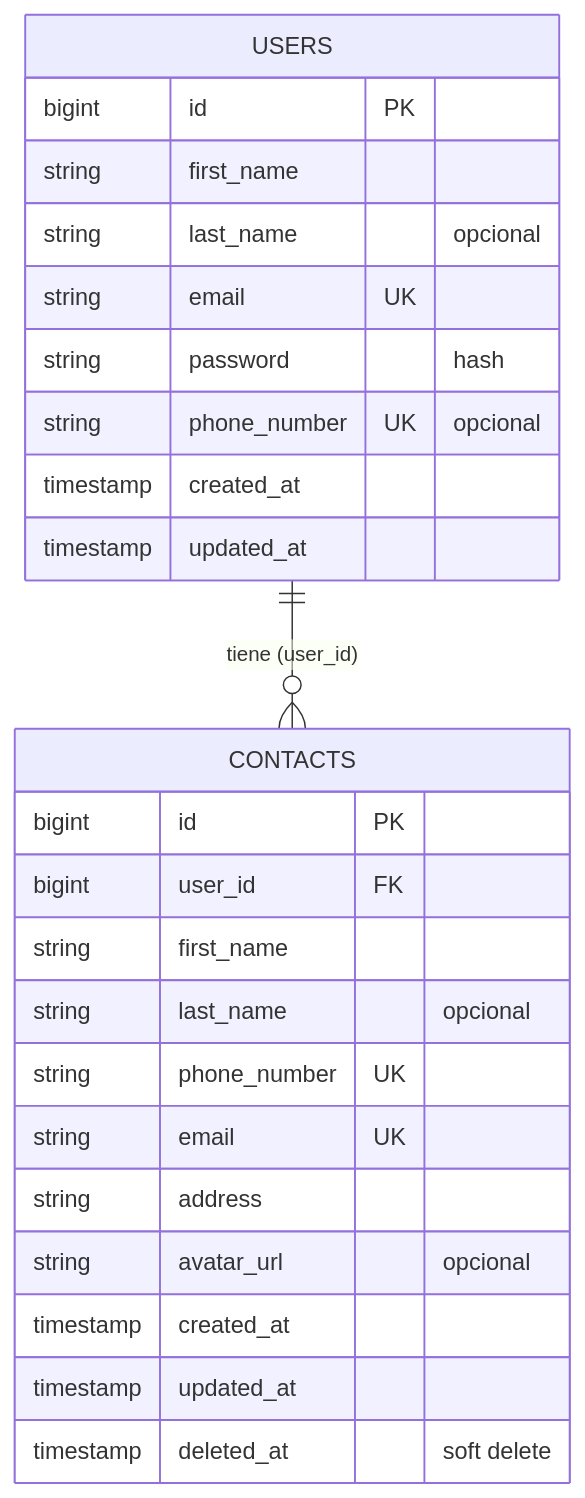
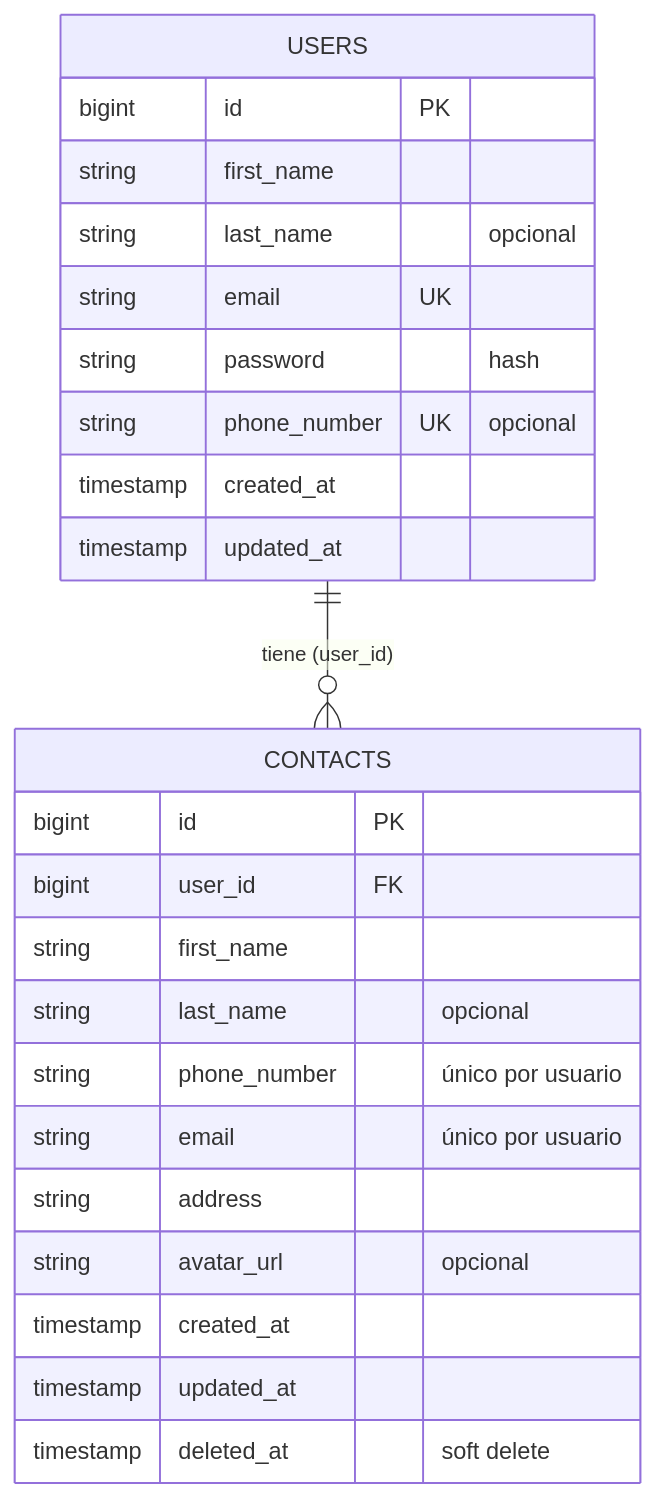
One commit to DevJhxsee/Contact-Api-Jhosep changed the diagram in docs/er.md. Above: the diagram before and after it, drawn with Mermaid. The commit also changed other lines of this file and 2 other files, not shown here.

Commit message:
docs: reglas de unicidad y privacidad de los contactos

````diff
--- a/docs/er.md
+++ b/docs/er.md
@@ -3,29 +3,29 @@
 ```mermaid
 erDiagram
     USERS ||--o{ CONTACTS : "tiene (user_id)"
 
     USERS {
         bigint id PK
         string first_name
         string last_name "opcional"
         string email UK
         string password "hash"
         string phone_number UK "opcional"
         timestamp created_at
         timestamp updated_at
     }
 
     CONTACTS {
         bigint id PK
         bigint user_id FK
         string first_name
         string last_name "opcional"
-        string phone_number UK
-        string email UK
+        string phone_number "único por usuario"
+        string email "único por usuario"
         string address
         string avatar_url "opcional"
         timestamp created_at
         timestamp updated_at
         timestamp deleted_at "soft delete"
     }
 ```
````
